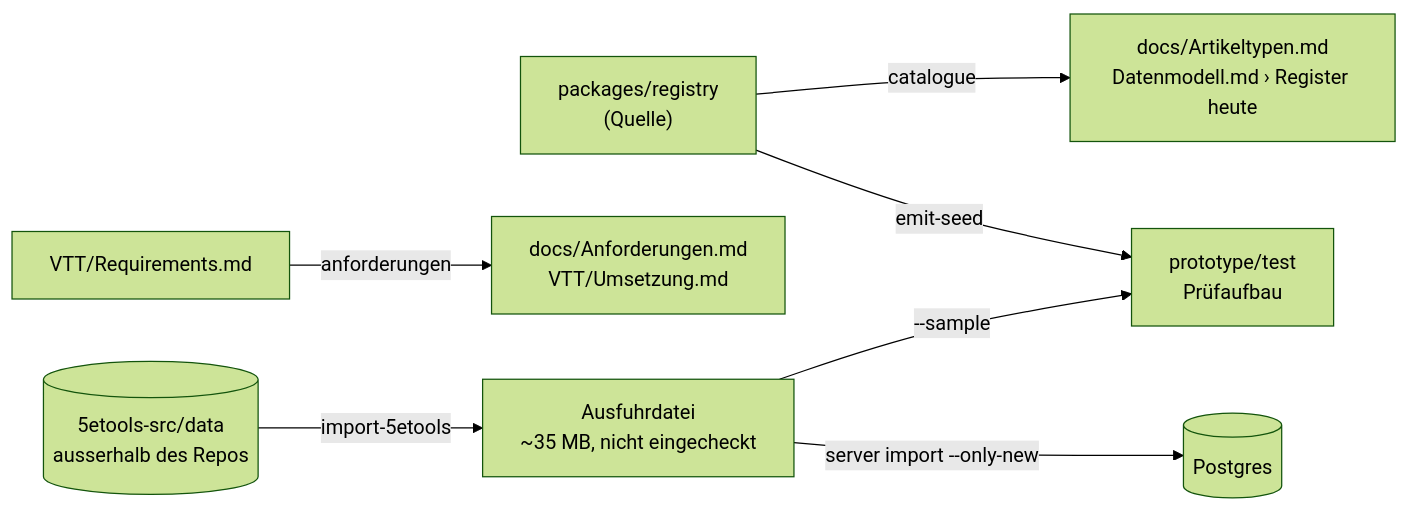
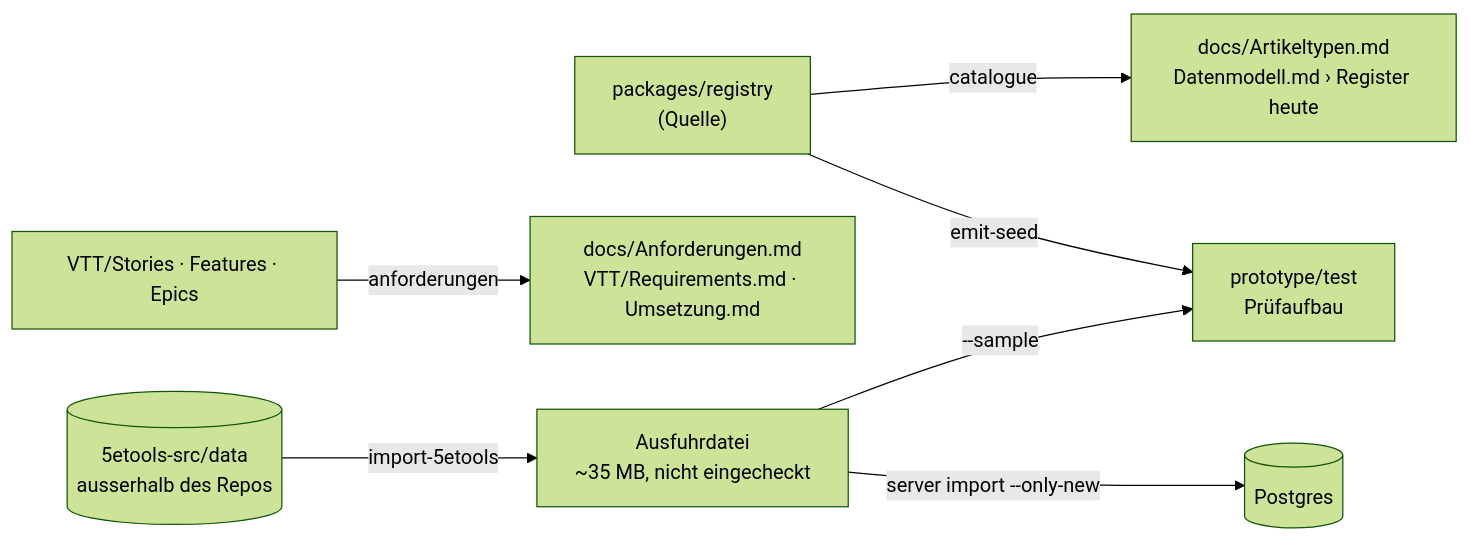
The ninth of 9 diagrams in docs/Architektur.md (Mrfudog/Atlas-Mentis), drawn with Mermaid (forest theme) before and after one commit. The commit also changed 4 other files, not shown here.

First line of the commit message:
Doku: Ablauf für Anforderungen als User Stories (T-154)

````diff
--- a/docs/Architektur.md
+++ b/docs/Architektur.md
@@ -502,9 +502,9 @@
 ```mermaid
 flowchart LR
   reg["packages/registry<br/>(Quelle)"] -- emit-seed --> seed[prototype/test<br/>Prüfaufbau]
   reg -- catalogue --> docs1[docs/Artikeltypen.md<br/>Datenmodell.md › Register heute]
-  vault[VTT/Requirements.md] -- anforderungen --> docs2[docs/Anforderungen.md<br/>VTT/Umsetzung.md]
+  vault[VTT/Stories · Features · Epics] -- anforderungen --> docs2[docs/Anforderungen.md<br/>VTT/Requirements.md · Umsetzung.md]
   ft[(5etools-src/data<br/>ausserhalb des Repos)] -- import-5etools --> datei[Ausfuhrdatei<br/>~35 MB, nicht eingecheckt]
   datei -->|"server import --only-new"| pg[(Postgres)]
   datei -->|"--sample"| seed
 ```
````
